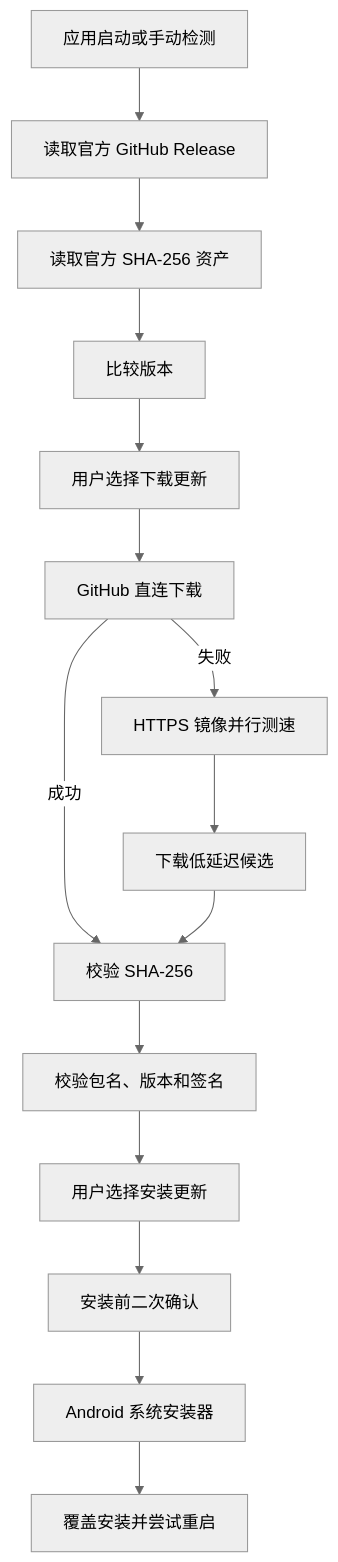
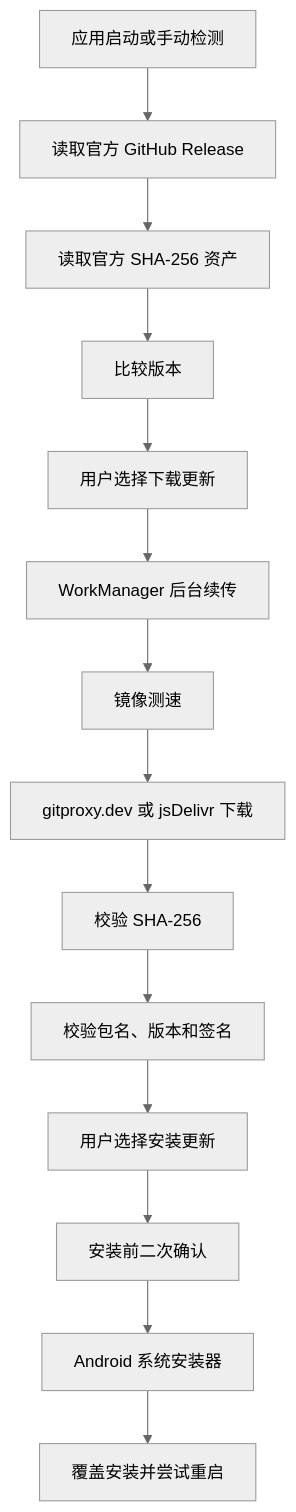
One commit to MCxingX/MemoriaBox changed the diagram in .monkeycode/specs/github-online-update/design.md. Above: the diagram before and after it, drawn with Mermaid (neutral theme). The commit also changed other lines of this file and 11 other files, not shown here.

Commit message:
feat(update): add resilient GitHub APK updates

````diff
--- a/.monkeycode/specs/github-online-update/design.md
+++ b/.monkeycode/specs/github-online-update/design.md
@@ -12,17 +12,16 @@
 ```mermaid
 flowchart TD
     A["应用启动或手动检测"] --> B["读取官方 GitHub Release"]
     B --> C["读取官方 SHA-256 资产"]
     C --> D["比较版本"]
     D --> E["用户选择下载更新"]
-    E --> F["GitHub 直连下载"]
-    F -->|失败| G["HTTPS 镜像并行测速"]
-    G --> H["下载低延迟候选"]
-    F -->|成功| I["校验 SHA-256"]
-    H --> I
+    E --> F["WorkManager 后台续传"]
+    F --> G["镜像测速"]
+    G --> H["gitproxy.dev 或 jsDelivr 下载"]
+    H --> I["校验 SHA-256"]
     I --> J["校验包名、版本和签名"]
     J --> K["用户选择安装更新"]
     K --> L["安装前二次确认"]
     L --> M["Android 系统安装器"]
     M --> N["覆盖安装并尝试重启"]
 ```
````
